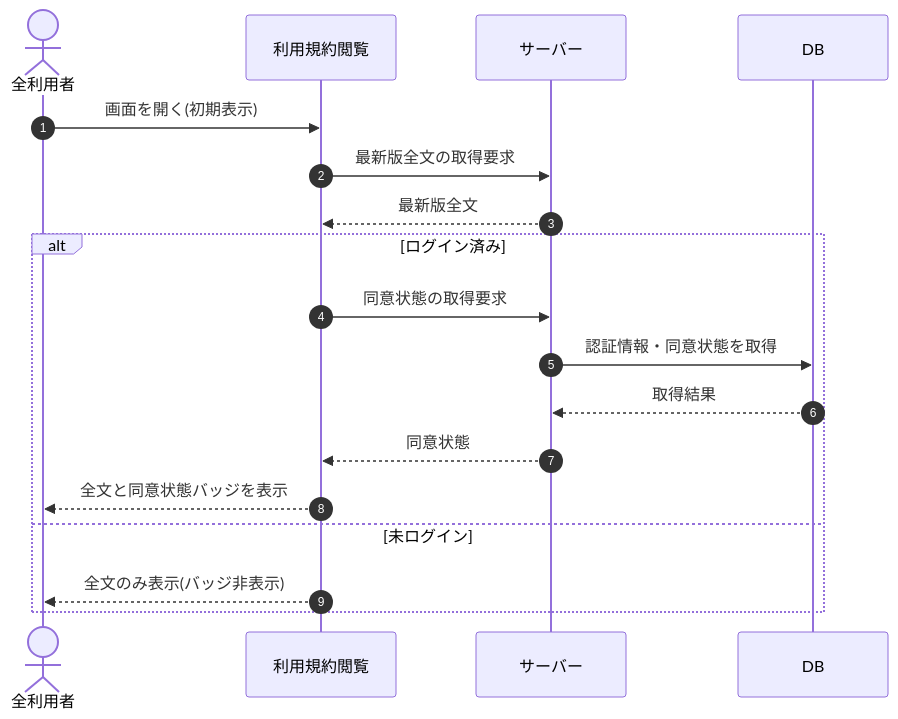
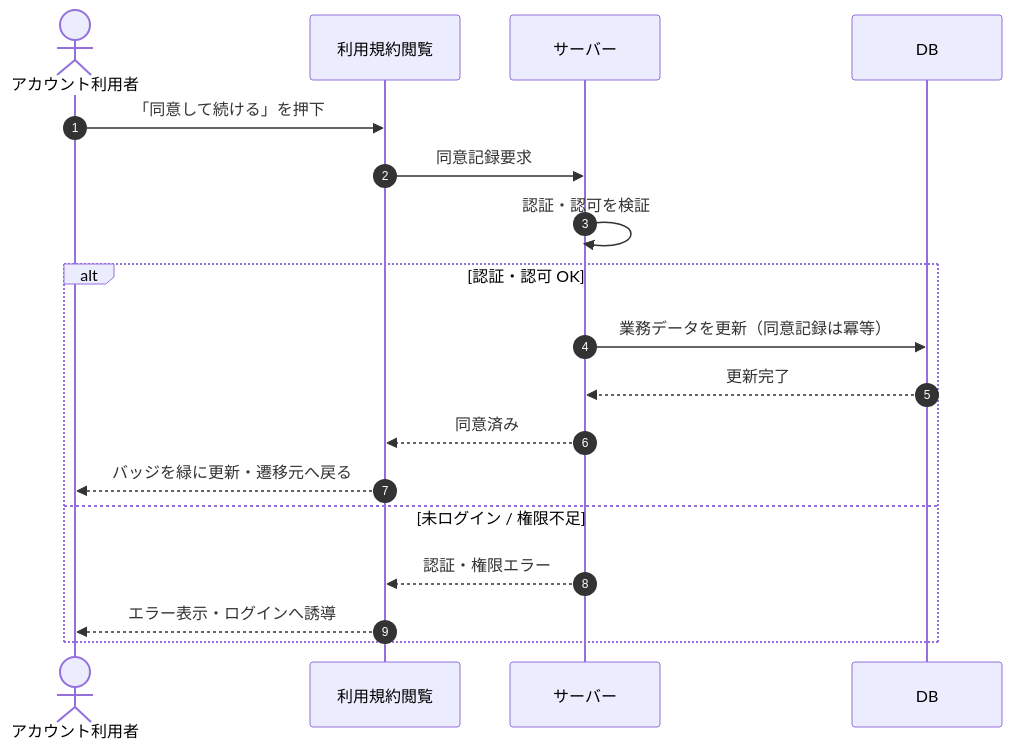
Before and after one commit to sikakou54/open-faq: the diagram in 02_basic_design/03_sequences/SEQ-052.md, drawn with Mermaid. The commit also changed other lines of this file and 395 other files, not shown here.

````diff
--- a/02_basic_design/03_sequences/SEQ-052.md
+++ b/02_basic_design/03_sequences/SEQ-052.md
@@ -25,20 +25,20 @@
 ```mermaid
 sequenceDiagram
   autonumber
-  actor U as 全利用者
+  actor U as アカウント利用者
   participant Screen as 利用規約閲覧
   participant Server as サーバー
   participant DB as DB
-  U->>Screen: 画面を開く(初期表示)
-  Screen->>Server: 最新版全文の取得要求
-  Server-->>Screen: 最新版全文
-  alt ログイン済み
-    Screen->>Server: 同意状態の取得要求
-    Server->>DB: 認証情報・同意状態を取得
-    DB-->>Server: 取得結果
-    Server-->>Screen: 同意状態
-    Screen-->>U: 全文と同意状態バッジを表示
-  else 未ログイン
-    Screen-->>U: 全文のみ表示(バッジ非表示)
+  U->>Screen: 「同意して続ける」を押下
+  Screen->>Server: 同意記録要求
+  Server->>Server: 認証・認可を検証
+  alt 認証・認可 OK
+    Server->>DB: 業務データを更新（同意記録は冪等）
+    DB-->>Server: 更新完了
+    Server-->>Screen: 同意済み
+    Screen-->>U: バッジを緑に更新・遷移元へ戻る
+  else 未ログイン / 権限不足
+    Server-->>Screen: 認証・権限エラー
+    Screen-->>U: エラー表示・ログインへ誘導
   end
 ```
````
